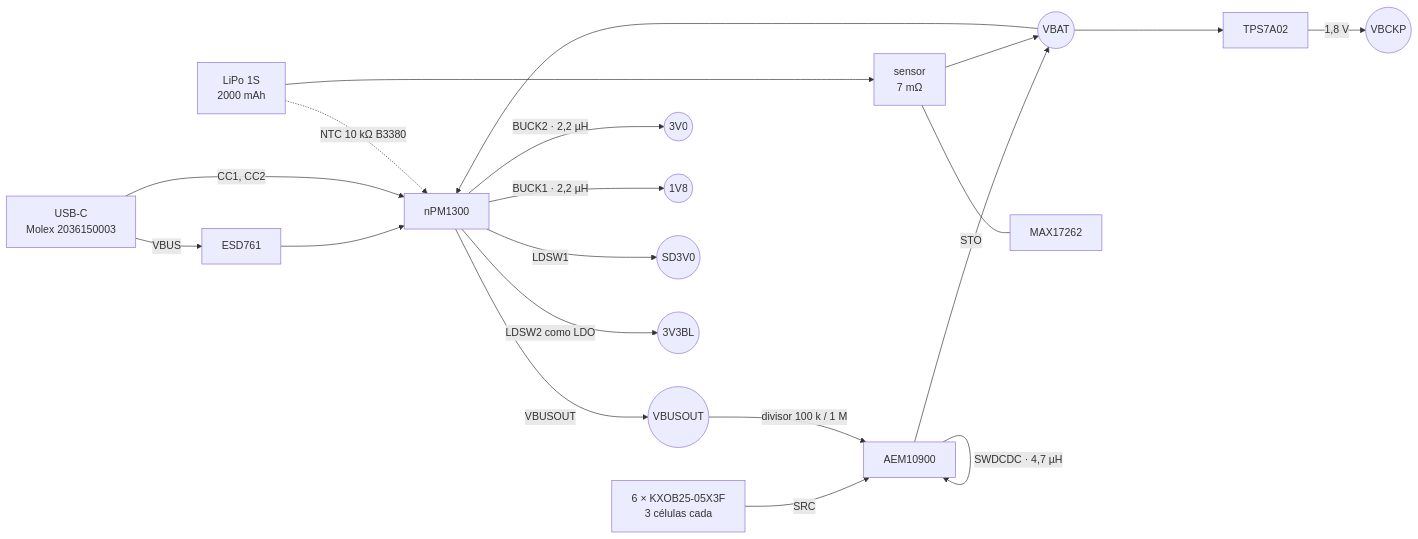
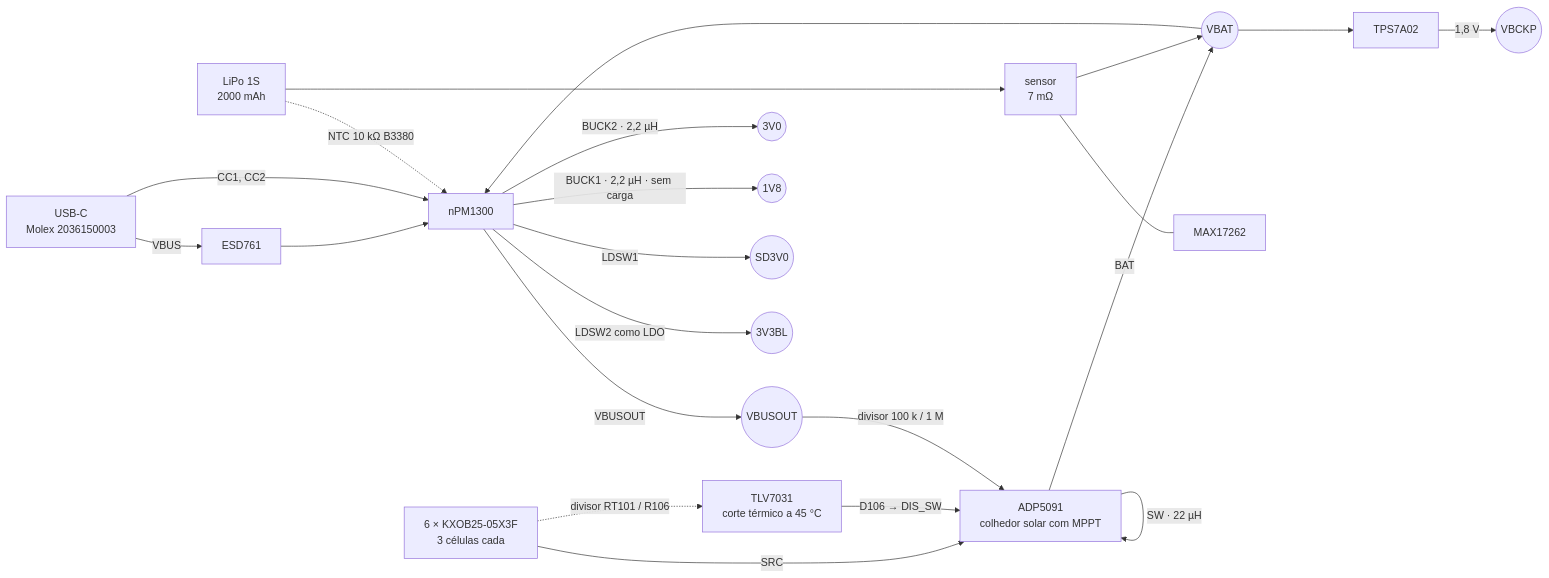
Before and after one commit to Guiimartinho/gnss-bike-computer: the first of 6 diagrams in hardware_gnssbike/01-esquematico.md, drawn with Mermaid. The commit also changed other lines of this file and 27 other files, not shown here.

````diff
--- a/hardware_gnssbike/01-esquematico.md
+++ b/hardware_gnssbike/01-esquematico.md
@@ -18,25 +18,27 @@
 ```mermaid
 flowchart LR
     USB["USB-C<br/>Molex 2036150003"]
     TVS["ESD761"]
     USB -->|"VBUS"| TVS --> NPM
     USB -->|"CC1, CC2"| NPM
 
-    PV["6 × KXOB25-05X3F<br/>3 células cada"] -->|"SRC"| AEM["AEM10900"]
-    AEM -->|"SWDCDC · 4,7 µH"| AEM
-    AEM -->|"STO"| VBAT(("VBAT"))
+    PV["6 × KXOB25-05X3F<br/>3 células cada"] -->|"SRC"| AEM["ADP5091<br/>colhedor solar com MPPT"]
+    AEM -->|"SW · 22 µH"| AEM
+    AEM -->|"BAT"| VBAT(("VBAT"))
+    PV -.->|"divisor RT101 / R106"| CMP["TLV7031<br/>corte térmico a 45 °C"]
+    CMP -->|"D106 → DIS_SW"| AEM
 
     CELL["LiPo 1S<br/>2000 mAh"] --> RS["sensor<br/>7 mΩ"] --> VBAT
     CELL -.->|"NTC 10 kΩ B3380"| NPM
     RS --- GAUGE["MAX17262"]
 
     VBAT --> NPM["nPM1300"]
     VBAT --> TPS["TPS7A02"] -->|"1,8 V"| VBCKP(("VBCKP"))
 
     NPM -->|"VBUSOUT"| VOUT(("VBUSOUT"))
     NPM -->|"BUCK2 · 2,2 µH"| R3V0(("3V0"))
-    NPM -->|"BUCK1 · 2,2 µH"| R1V8(("1V8"))
+    NPM -->|"BUCK1 · 2,2 µH · sem carga"| R1V8(("1V8"))
     NPM -->|"LDSW1"| RSD(("SD3V0"))
     NPM -->|"LDSW2 como LDO"| RBL(("3V3BL"))
     VOUT -->|"divisor 100 k / 1 M"| AEM
 ```
````
